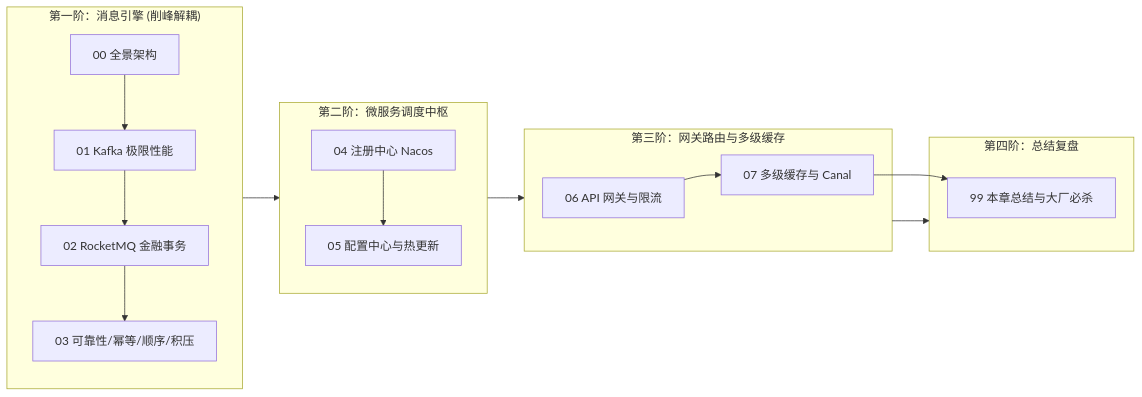
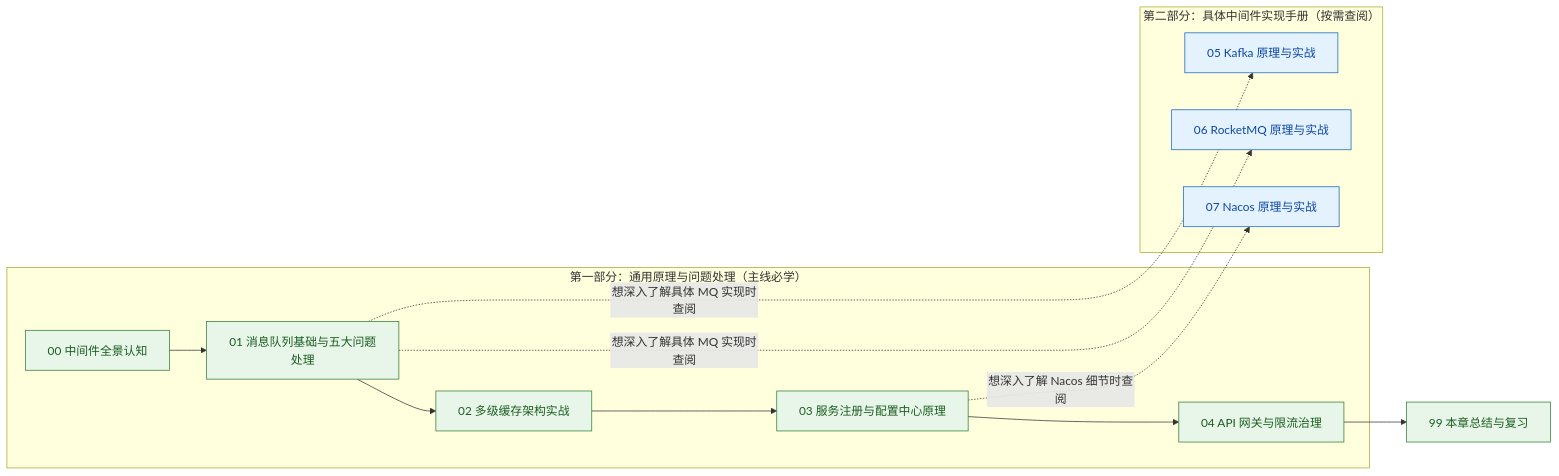
Before and after one commit to GuoWWWX/knowledge-base: the diagram in 20-Java后端/06-中间件/_index.md, drawn with Mermaid. The commit also changed other lines of this file and 251 other files, not shown here.

````diff
--- a/20-Java后端/06-中间件/_index.md
+++ b/20-Java后端/06-中间件/_index.md
@@ -31,22 +43,24 @@
 ```mermaid
 flowchart LR
-    subgraph 阶梯1["第一阶：消息引擎 (削峰解耦)"]
-        M0["00 全景架构"] --> M1["01 Kafka 极限性能"]
-        M1 --> M2["02 RocketMQ 金融事务"]
-        M2 --> M3["03 可靠性/幂等/顺序/积压"]
+    subgraph MainLine["第一部分：通用原理与问题处理（主线必学）"]
+        M0["00 中间件全景认知"] --> M1["01 消息队列基础与五大问题处理"]
+        M1 --> M2["02 多级缓存架构实战"]
+        M2 --> M3["03 服务注册与配置中心原理"]
+        M3 --> M4["04 API 网关与限流治理"]
     end
 
-    subgraph 阶梯2["第二阶：微服务调度中枢"]
-        M4["04 注册中心 Nacos"] --> M5["05 配置中心与热更新"]
+    subgraph Manuals["第二部分：具体中间件实现手册（按需查阅）"]
+        M5["05 Kafka 原理与实战"]
+        M6["06 RocketMQ 原理与实战"]
+        M7["07 Nacos 原理与实战"]
     end
 
-    subgraph 阶梯3["第三阶：网关路由与多级缓存"]
-        M6["06 API 网关与限流"] --> M7["07 多级缓存与 Canal"]
-    end
+    M1 -.->|"想深入了解具体 MQ 实现时查阅"| M5 & M6
+    M3 -.->|"想深入了解 Nacos 细节时查阅"| M7
+    M4 --> M99["99 本章总结与复习"]
 
-    subgraph 阶梯4["第四阶：总结复盘"]
-        M7 --> M99["99 本章总结与大厂必杀"]
-    end
-
-    阶梯1 --> 阶梯2 --> 阶梯3 --> 阶梯4
+    classDef main fill:#e8f5e9,stroke:#2e7d32,color:#1b5e20
+    classDef manual fill:#e3f2fd,stroke:#1565c0,color:#0d47a1
+    class M0,M1,M2,M3,M4,M99 main
+    class M5,M6,M7 manual
 ```
````
